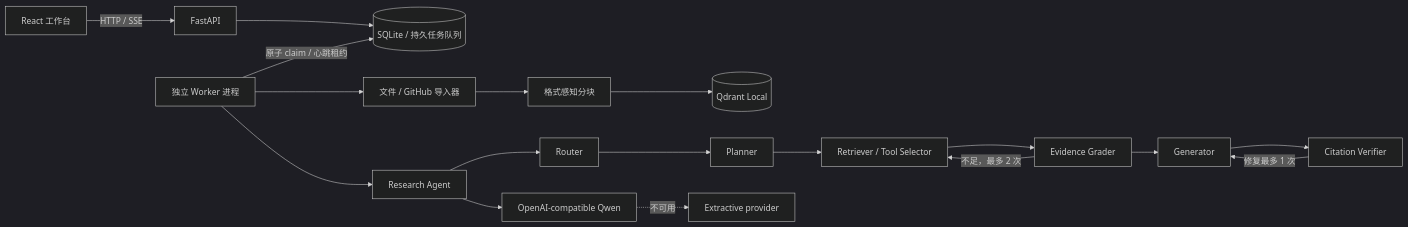
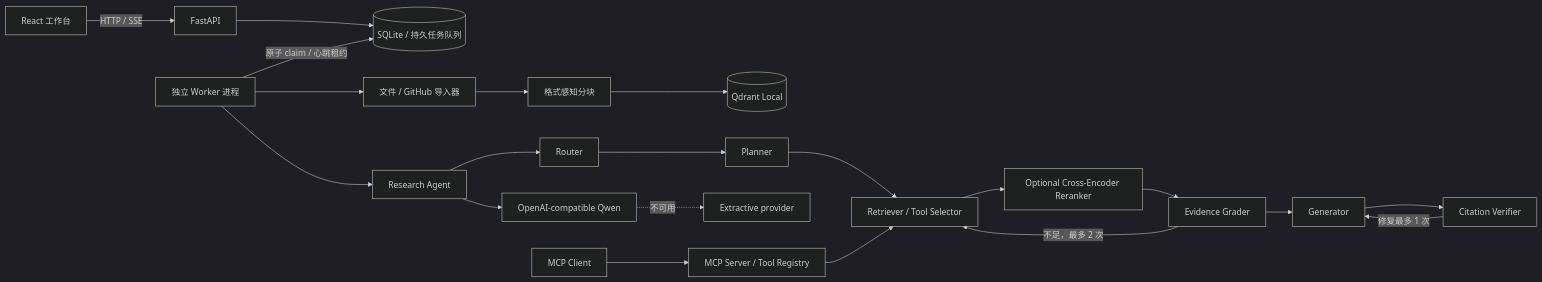
One commit to JennyMa11/InfraResearch-Agent changed the diagram in docs/architecture.md. Above: the diagram before and after it, drawn with Mermaid (dark theme). The commit also changed other lines of this file and 77 other files, not shown here.

````diff
--- a/docs/architecture.md
+++ b/docs/architecture.md
@@ -3,20 +3,23 @@
 ```mermaid
 flowchart LR
     UI[React 工作台] -->|HTTP / SSE| API[FastAPI]
     API --> DB[(SQLite / 持久任务队列)]
     WORKER[独立 Worker 进程] -->|原子 claim / 心跳租约| DB
     WORKER --> ING[文件 / GitHub 导入器]
     ING --> CHUNK[格式感知分块]
     CHUNK --> Q[(Qdrant Local)]
     WORKER --> AGENT[Research Agent]
     AGENT --> ROUTER[Router]
     ROUTER --> PLAN[Planner]
     PLAN --> RET[Retriever / Tool Selector]
-    RET --> GRADE[Evidence Grader]
+    RET --> RERANK[Optional Cross-Encoder Reranker]
+    RERANK --> GRADE[Evidence Grader]
     GRADE -->|不足，最多 2 次| RET
     GRADE --> GEN[Generator]
     GEN --> VERIFY[Citation Verifier]
     VERIFY -->|修复最多 1 次| GEN
     AGENT --> LLM[OpenAI-compatible Qwen]
     LLM -.不可用.-> FALLBACK[Extractive provider]
+    MCP[MCP Client] --> MCPS[MCP Server / Tool Registry]
+    MCPS --> RET
 ```
````
